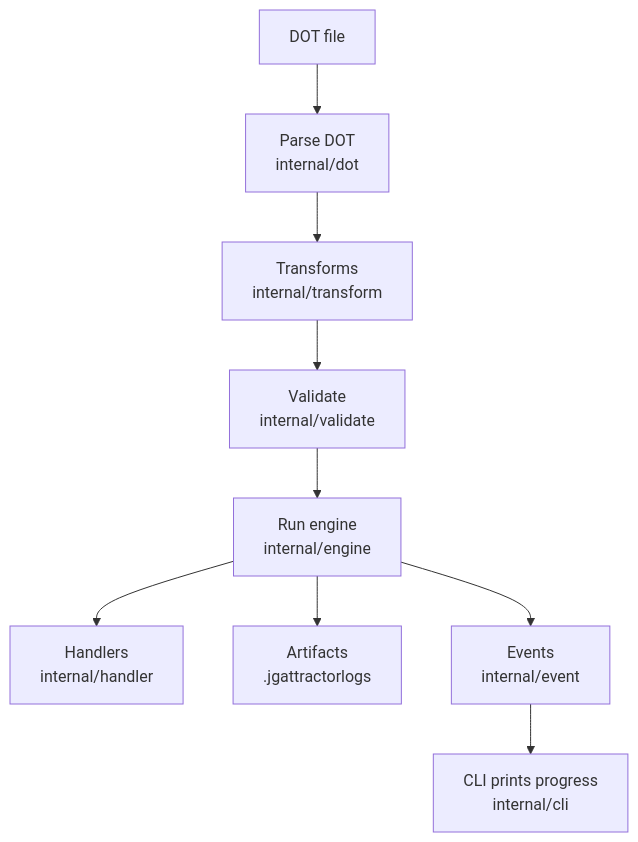
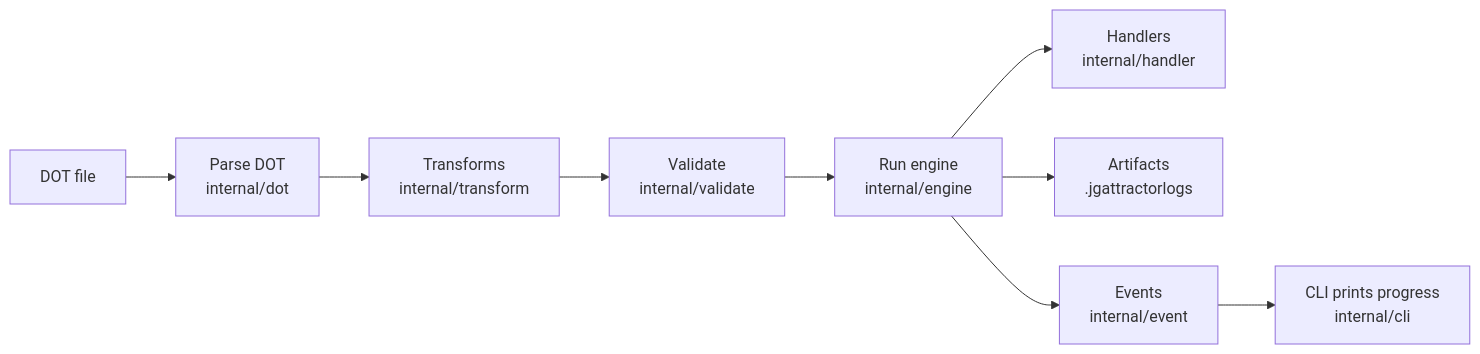
The first of 28 diagrams in CODE_WALKTHROUGH.md (adrianguyareach/junglegreenattractor), drawn with Mermaid before and after one commit. The commit also changed other lines of this file, not shown here.

Commit message:
Refactor flowcharts in CODE_WALKTHROUGH.md for improved readability and consistency
- Updated flowcharts to use a left-to-right layout for better visual flow and clarity.
- Enhanced flowchart labels with line breaks for improved readability of component descriptions.
- These changes aim to provide clearer visual guidance for developers and enhance the overall documentation quality.

````diff
--- a/CODE_WALKTHROUGH.md
+++ b/CODE_WALKTHROUGH.md
@@ -541,19 +541,11 @@
 ```mermaid
-flowchart TD
-  A[DOT file] --> B[Parse DOT
-internal/dot] 
-  B --> C[Transforms
-internal/transform]
-  C --> D[Validate
-internal/validate]
-  D --> E[Run engine
-internal/engine]
-  E --> F[Handlers
-internal/handler]
-  E --> G[Artifacts
-.jgattractorlogs]
-  E --> H[Events
-internal/event]
-  H --> I[CLI prints progress
-internal/cli]
+flowchart LR
+  A[DOT file] --> B[Parse DOT<br/>internal/dot]
+  B --> C[Transforms<br/>internal/transform]
+  C --> D[Validate<br/>internal/validate]
+  D --> E[Run engine<br/>internal/engine]
+  E --> F[Handlers<br/>internal/handler]
+  E --> G[Artifacts<br/>.jgattractorlogs]
+  E --> H[Events<br/>internal/event]
+  H --> I[CLI prints progress<br/>internal/cli]
 ```
````
